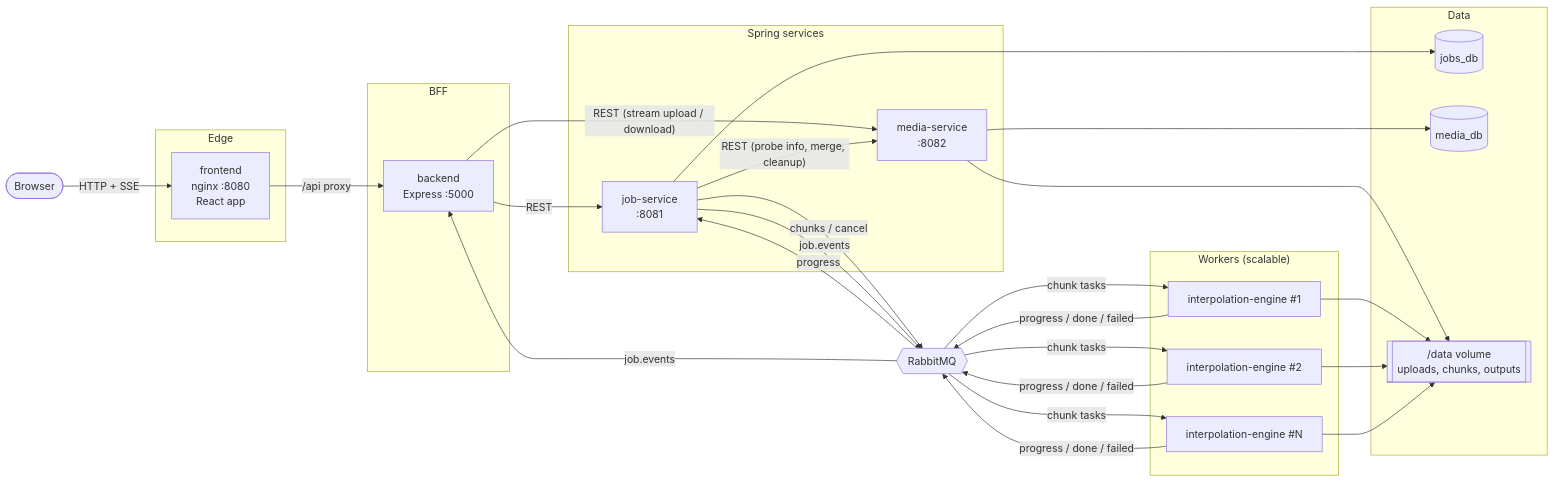
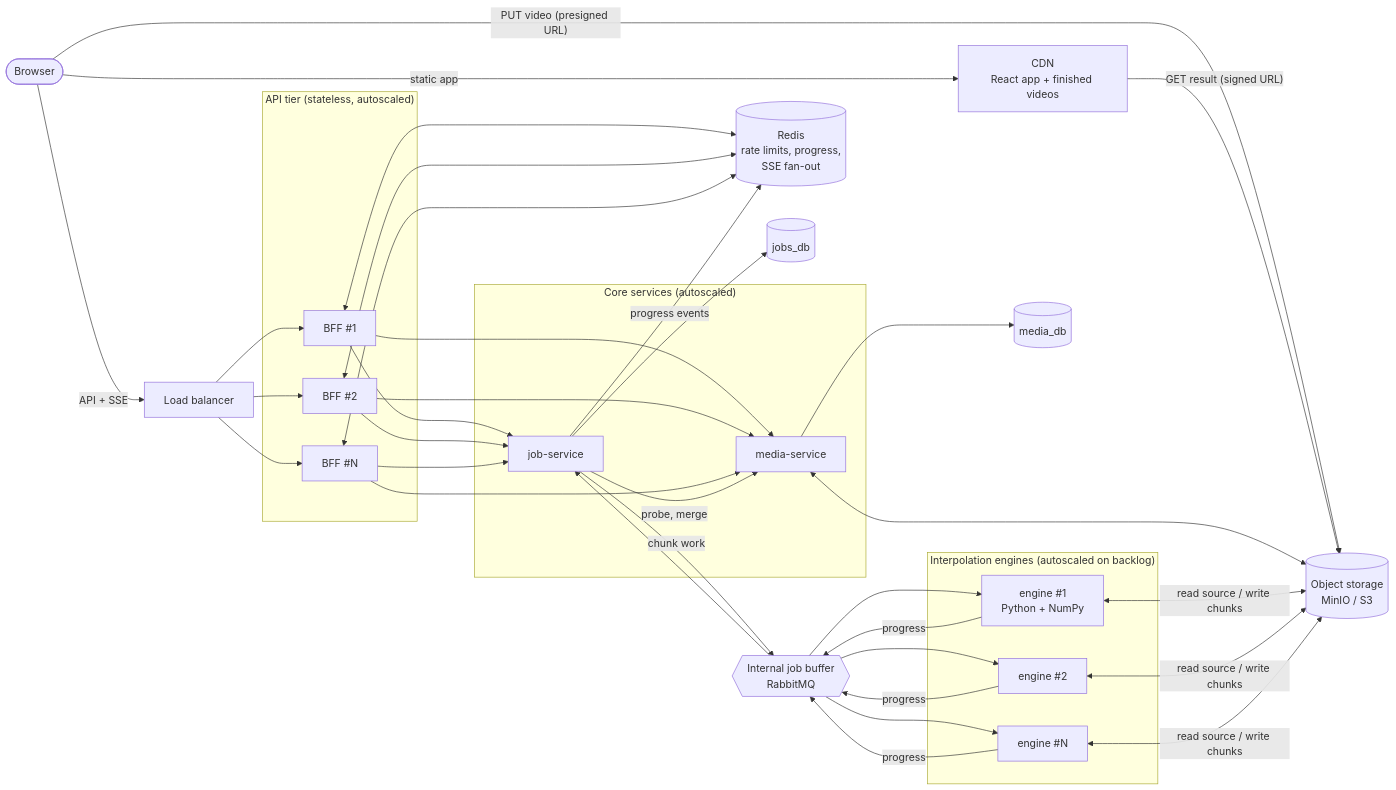
Before and after one commit to JianoFreo/InfiniteFlow_AI: the first of 4 diagrams in README.md, drawn with Mermaid. The commit also changed other lines of this file and 14 other files, not shown here.

Commit message:
refactor README and service stack: update MVP details and clarify Python engine usage

````diff
--- a/README.md
+++ b/README.md
@@ -22,49 +38,48 @@
 ```mermaid
 flowchart LR
     user(["Browser"])
+    cdn["CDN<br/>React app + finished videos"]
+    lb["Load balancer"]
 
-    subgraph edge["Edge"]
-        fe["frontend<br/>nginx :8080<br/>React app"]
+    subgraph api["API tier (stateless, autoscaled)"]
+        bff1["BFF #1"]
+        bff2["BFF #2"]
+        bffN["BFF #N"]
     end
 
-    subgraph bff_box["BFF"]
-        bff["backend<br/>Express :5000"]
+    subgraph core["Core services (autoscaled)"]
+        job["job-service"]
+        media["media-service"]
     end
 
-    subgraph svc["Spring services"]
-        job["job-service<br/>:8081"]
-        media["media-service<br/>:8082"]
+    subgraph workers["Interpolation engines (autoscaled on backlog)"]
+        e1["engine #1<br/>Python + NumPy"]
+        e2["engine #2"]
+        eN["engine #N"]
     end
 
-    subgraph workers["Workers (scalable)"]
-        eng1["interpolation-engine #1"]
-        eng2["interpolation-engine #2"]
-        engN["interpolation-engine #N"]
-    end
+    s3[("Object storage<br/>MinIO / S3")]
+    buf{{"Internal job buffer<br/>RabbitMQ"}}
+    redis[("Redis<br/>rate limits, progress,<br/>SSE fan-out")]
+    jobsdb[("jobs_db")]
+    mediadb[("media_db")]
 
-    subgraph data["Data"]
-        jobsdb[("jobs_db")]
-        mediadb[("media_db")]
-        vol[["/data volume<br/>uploads, chunks, outputs"]]
-    end
+    user -- "static app" --> cdn
+    user -- "API + SSE" --> lb --> bff1 & bff2 & bffN
+    user -- "PUT video (presigned URL)" --> s3
+    cdn -- "GET result (signed URL)" --> s3
 
-    mq{{"RabbitMQ"}}
-
-    user -- "HTTP + SSE" --> fe
-    fe -- "/api proxy" --> bff
-    bff -- "REST" --> job
-    bff -- "REST (stream upload / download)" --> media
-    job -- "REST (probe info, merge, cleanup)" --> media
+    bff1 & bff2 & bffN --> job
+    bff1 & bff2 & bffN --> media
+    bff1 & bff2 & bffN <--> redis
 
     job --> jobsdb
     media --> mediadb
-    media --> vol
-    eng1 & eng2 & engN --> vol
+    job -- "probe, merge" --> media
+    media <--> s3
 
-    job -- "chunks / cancel" --> mq
-    mq -- "chunk tasks" --> eng1 & eng2 & engN
-    eng1 & eng2 & engN -- "progress / done / failed" --> mq
-    mq -- "progress" --> job
-    job -- "job.events" --> mq
-    mq -- "job.events" --> bff
+    job -- "chunk work" --> buf --> e1 & e2 & eN
+    e1 & e2 & eN <-- "read source / write chunks" --> s3
+    e1 & e2 & eN -- "progress" --> buf --> job
+    job -- "progress events" --> redis
 ```
````
